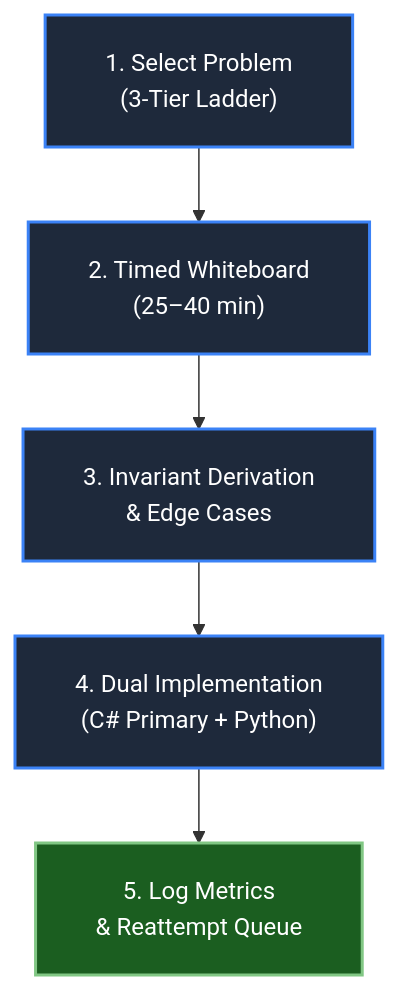
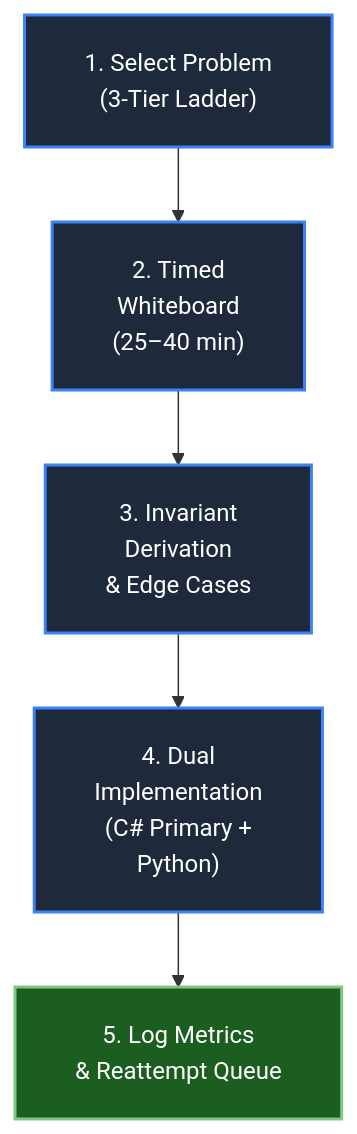
The diagram in learning_tracking/Practice_Log.md (dip4k/DSA_102), drawn with Mermaid before and after one commit. The commit also changed 106 other files, not shown here.

First line of the commit message:
fix(mermaid): prevent text clipping with foreignObject overflow and tighter line wrapping

````diff
--- a/learning_tracking/Practice_Log.md
+++ b/learning_tracking/Practice_Log.md
@@ -9,14 +9,14 @@
 ```mermaid
-%%{init: {"flowchart": {"htmlLabels": true, "padding": 20}}}%%
+%%{init: {"flowchart": {"htmlLabels": true, "padding": 20}, "themeCSS": "foreignObject { overflow: visible !important; }"}}%%
 flowchart TD
     P1["1. Select Problem<br/>(3-Tier Ladder)"]:::step
-    P2["2. Timed Whiteboard<br/>(25–40 min)"]:::step
-    P3["3. Invariant Derivation<br/>& Edge Cases"]:::step
-    P4["4. Dual Implementation<br/>(C# Primary + Python)"]:::step
+    P2["2. Timed<br/>Whiteboard<br/>(25–40 min)"]:::step
+    P3["3. Invariant<br/>Derivation<br/>& Edge Cases"]:::step
+    P4["4. Dual<br/>Implementation<br/>(C# Primary +<br/>Python)"]:::step
     P5["5. Log Metrics<br/>& Reattempt Queue"]:::complete
 
     P1 --> P2 --> P3 --> P4 --> P5
 
     classDef step fill:#1e293b,stroke:#3b82f6,stroke-width:2px,color:#ffffff
     classDef complete fill:#1b5e20,stroke:#81c784,stroke-width:2px,color:#ffffff
 ```
````
